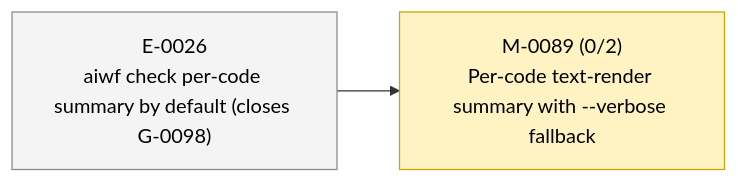
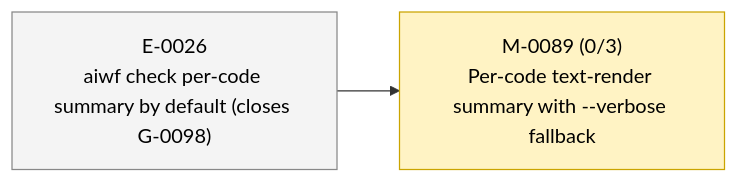
Before and after one commit to 23min/aiwf: the second of 2 diagrams in STATUS.md, drawn with Mermaid. The commit also changed other lines of this file and 1 other file, not shown here.

First line of the commit message:
aiwf add ac M-0089/AC-3 "--verbose flag restores full per-instance output"

````diff
--- a/STATUS.md
+++ b/STATUS.md
@@ -51,12 +51,12 @@
 ```mermaid
 flowchart LR
   E_0026["E-0026<br/>aiwf check per-code summary by default (closes G-0098)"]:::epic_proposed
-  M_0089["M-0089 (0/2)<br/>Per-code text-render summary with --verbose fallback"]:::ms_in_progress
+  M_0089["M-0089 (0/3)<br/>Per-code text-render summary with --verbose fallback"]:::ms_in_progress
   E_0026 --> M_0089
   classDef epic_active fill:#d6eaff,stroke:#1a73e8,color:#000
   classDef epic_proposed fill:#f4f4f4,stroke:#888,color:#000
   classDef ms_done fill:#d8f5d8,stroke:#2a8a2a,color:#000
   classDef ms_in_progress fill:#fff3c4,stroke:#caa400,color:#000
   classDef ms_draft fill:#f4f4f4,stroke:#888,color:#000
   classDef ms_cancelled fill:#fbeaea,stroke:#c33,color:#000
 ```
````
